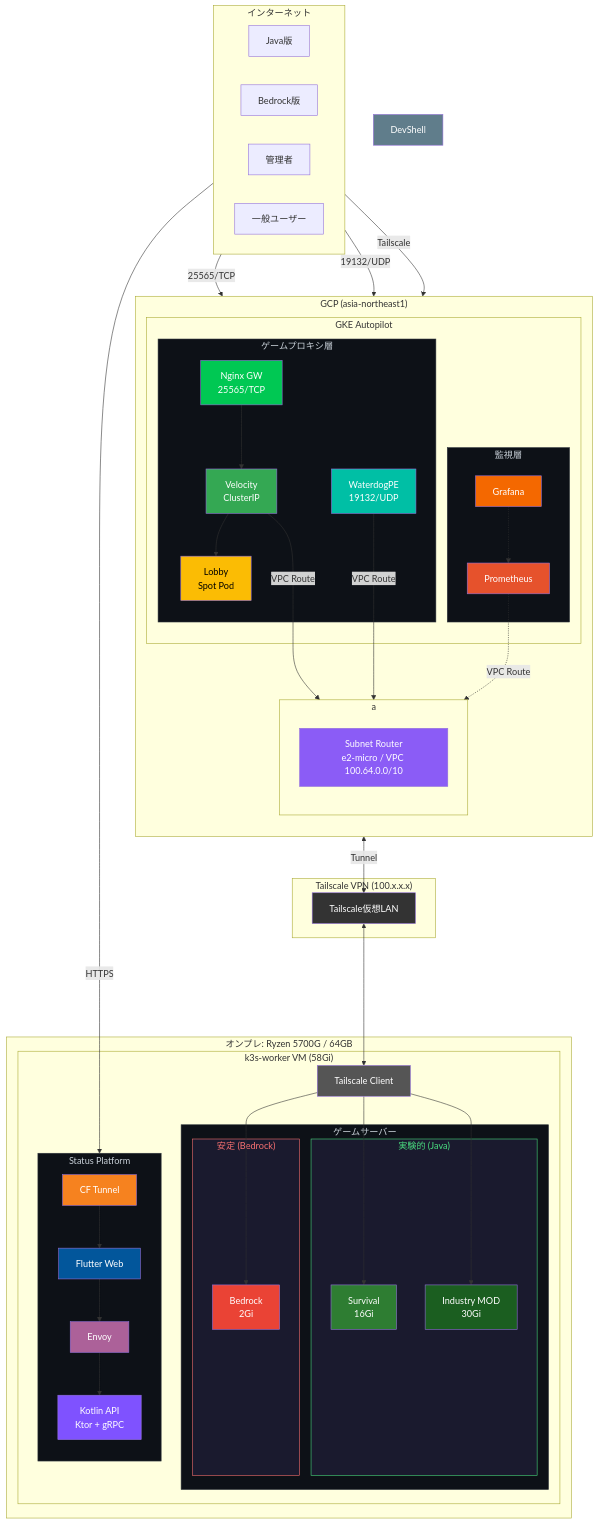
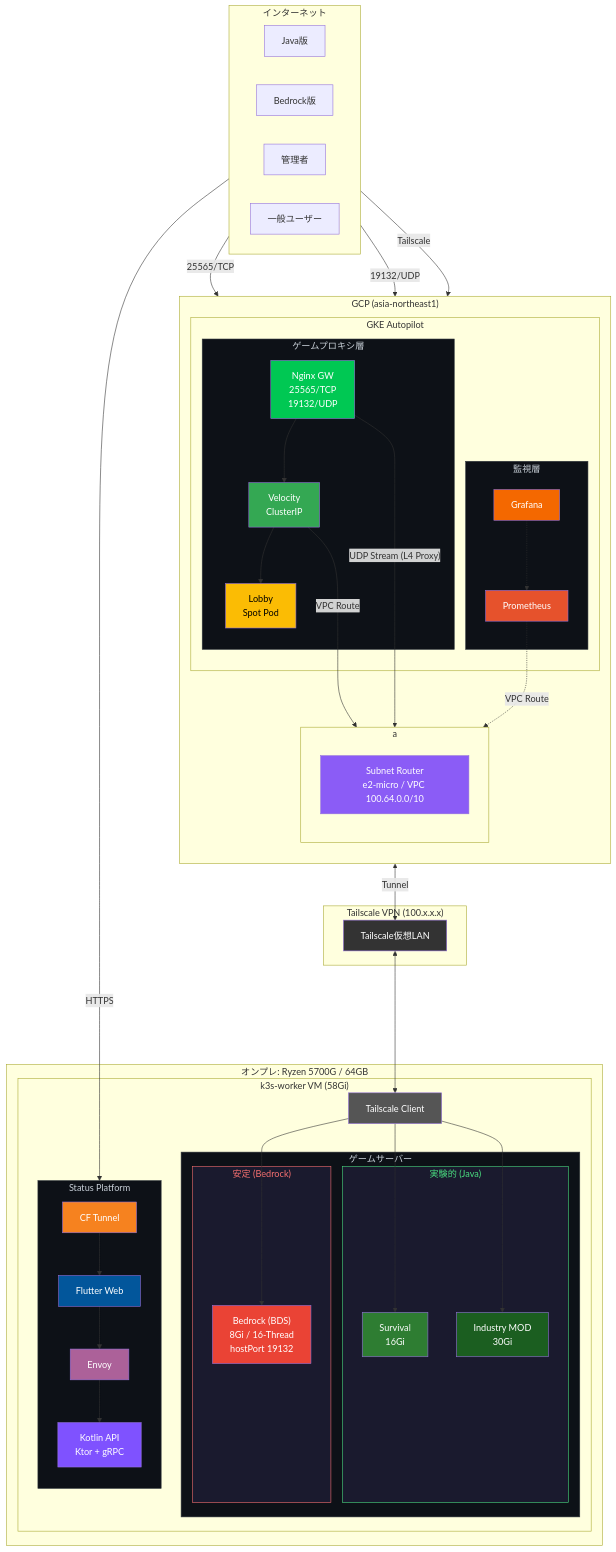
Before and after one commit to Tagomori0211/Minecraft-on-Kubenates: the second of 3 diagrams in README.md, drawn with Mermaid. The commit also changed other lines of this file, not shown here.

Commit message:
docs: sync README with new transparent L4 proxy architecture for Bedrock

```diff
--- a/README.md
+++ b/README.md
@@ -63,8 +63,7 @@
                 Grafana["Grafana"]
             end
             subgraph GamePods["ゲームプロキシ層"]
-                GW["Nginx GW<br/>25565/TCP"]
-                WaterdogPE["WaterdogPE<br/>19132/UDP"]
+                GW["Nginx GW<br/>25565/TCP<br/>19132/UDP"]
                 Velocity["Velocity<br/>ClusterIP"]
                 Lobby["Lobby<br/>Spot Pod"]
             end
@@ -89,7 +88,7 @@
                     Java_Industry["Industry MOD<br/>30Gi"]
                 end
                 subgraph Conservative["安定 (Bedrock)"]
-                    Bedrock["Bedrock<br/>2Gi"]
+                    Bedrock["Bedrock (BDS)<br/>8Gi / 16-Thread<br/>hostPort 19132"]
                 end
             end
             subgraph SP["Status Platform"]
@@ -105,13 +104,13 @@
 
     %% === ゲームトラフィック ===
     Player_Java -->|"25565/TCP"| GW
-    Player_Bedrock -->|"19132/UDP"| WaterdogPE
+    Player_Bedrock -->|"19132/UDP"| GW
     GW --> Velocity
     Velocity --> Lobby
 
     %% === GKE → Tailscale → オンプレ ===
     Velocity --->|"VPC Route"| SubnetRouter
-    WaterdogPE --->|"VPC Route"| SubnetRouter
+    GW ---->|"UDP Stream (L4 Proxy)"| SubnetRouter
     TS_Net <--> TS_K3s
     TS_K3s --> Java_Survival
     TS_K3s --> Java_Industry
@@ -136,7 +135,6 @@
 
     %% === スタイル ===
     style GW fill:#00C853,color:#fff
-    style WaterdogPE fill:#00BFA5,color:#fff
     style Velocity fill:#34a853,color:#fff
     style Lobby fill:#fbbc04,color:#000
     style Prometheus fill:#e6522c,color:#fff
@@ -151,7 +149,6 @@
     style Flutter fill:#02569B,color:#fff
     style Envoy fill:#AC6199,color:#fff
     style Kotlin fill:#7F52FF,color:#fff
-    style DevShell fill:#607D8B,color:#fff
     style GamePods fill:#0d1117,color:#c9d1d9,stroke:#30363d
     style MonPods fill:#0d1117,color:#c9d1d9,stroke:#30363d
     style GameServers fill:#0d1117,color:#c9d1d9,stroke:#30363d
```
